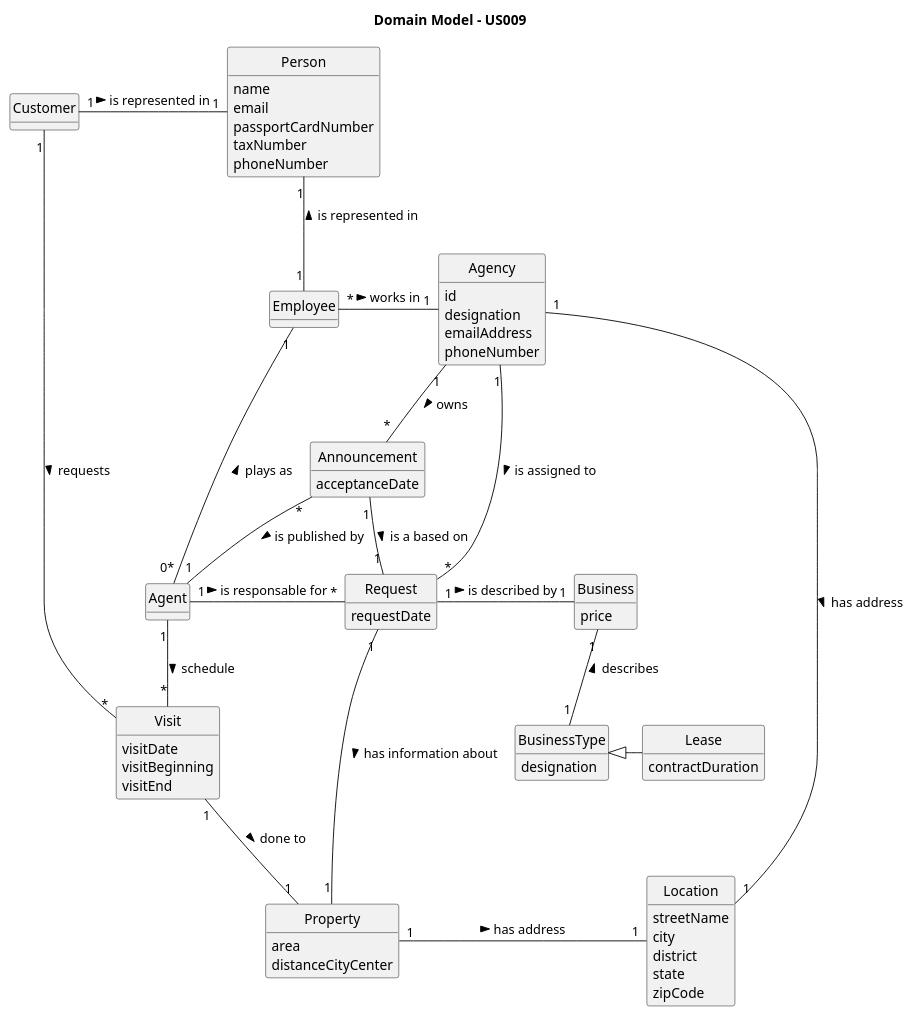
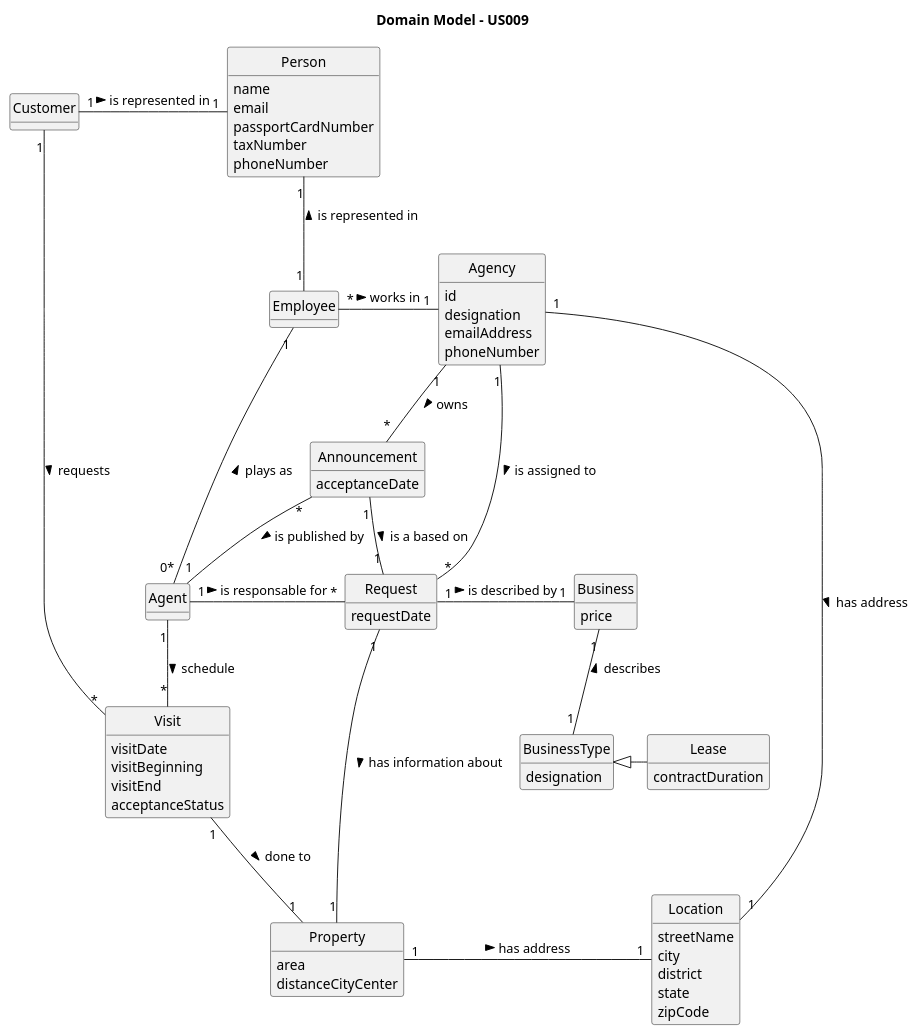
Before and after one commit to rita-barbosa/LAPR2-2223: the diagram in docs/sprintC/us009/02.analysis/puml/us009-domain-model.puml, drawn with PlantUML.

Commit message:
DM update [US009] [Analysis]

```diff
--- a/docs/sprintC/us009/02.analysis/puml/us009-domain-model.puml
+++ b/docs/sprintC/us009/02.analysis/puml/us009-domain-model.puml
@@ -1,102 +1,103 @@
 @startuml
 skinparam monochrome true
 skinparam packageStyle rectangle
 skinparam shadowing false
 
 skinparam classAttributeIconSize 0
 
 hide circle
 hide methods
 
 title Domain Model - US009
 
 class Visit {
     visitDate
     visitBeginning
     visitEnd
+    acceptanceStatus
 }
 
 class Customer {
 }
 
 class Request {
     requestDate
 }
 
 class Business {
     price
 }
 
 class BusinessType {
     designation
 }
 
 class Lease {
     contractDuration
 }
 
 
 class Agent {
 
 }
 
 class Person {
       name
       email
       passportCardNumber
       taxNumber
       phoneNumber
 }
 
 class Employee {
 }
 
 
 class Agency {
    id
    designation
    emailAddress
    phoneNumber
 }
 
 class Location {
     streetName
     city
     district
     state
     zipCode
 }
 
 class Announcement {
     acceptanceDate
 }
 
 
 class Property {
     area
     distanceCityCenter
 }
 
 
 Announcement "1" - "1" Request : is a based on >
 Agency "1" -- "*" Announcement : owns >
 Agency "1" - "1" Location : has address >
 Agency "1" - "*" Request : is assigned to >
 Customer "1" -- "*" Visit : requests >
 Agent "1" -- "*" Visit : schedule >
 Announcement "*" -- "1" Agent : is published by >
 Agent "1" - "*" Request : is responsable for >
 Agent "0*" -- "1" Employee : plays as >
 Employee "*" -right- "1" Agency : works in >
 Property "1" - "1" Location : has address >
 Visit "1" -- "1" Property : done to >
 
 Lease -left-|> BusinessType
 
 BusinessType "1" -up- "1" Business : describes >
 Request "1" -right "1" Business : is described by >
 Employee "1" -up- "1" Person : is represented in >
 Customer "1" -right- "1" Person : is represented in >
 Request "1" - "1" Property : has information about >
 
 @enduml
```
